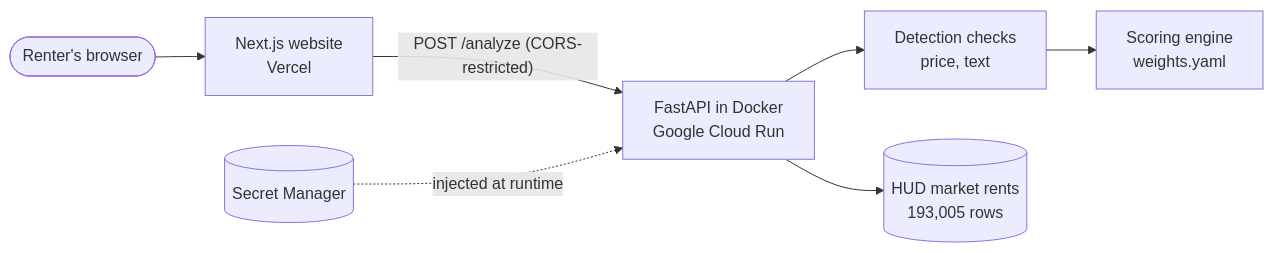
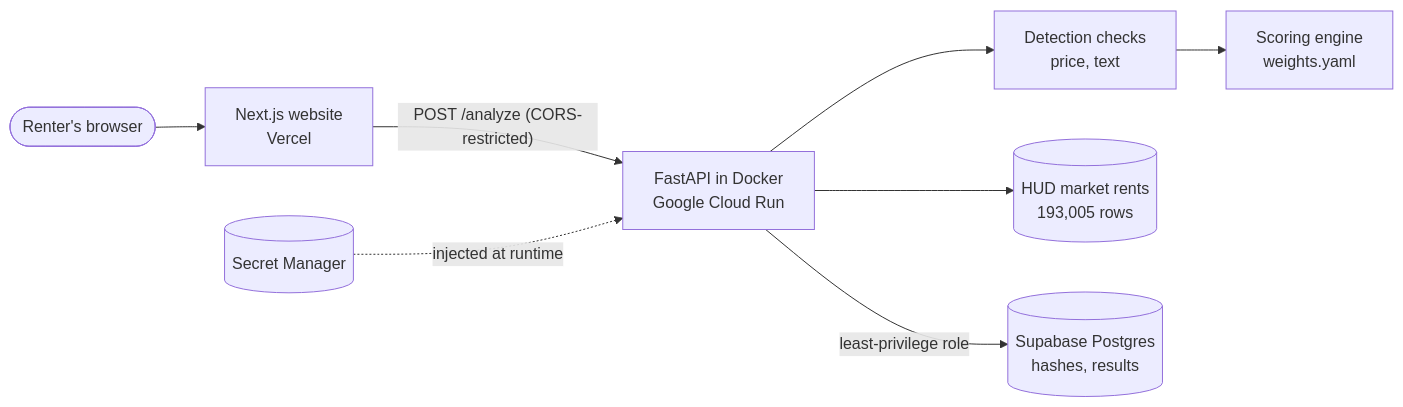
The diagram in README.md (2SikNinja/Rental-Listing-Scam-Detector), drawn with Mermaid before and after one commit. The commit also changed other lines of this file and 18 other files, not shown here.

````diff
--- a/README.md
+++ b/README.md
@@ -33,9 +33,10 @@
 ```mermaid
 flowchart LR
     user([Renter's browser]) --> web[Next.js website<br/>Vercel]
     web -- "POST /analyze (CORS-restricted)" --> api[FastAPI in Docker<br/>Google Cloud Run]
     api --> checks[Detection checks<br/>price, text]
     checks --> scoring[Scoring engine<br/>weights.yaml]
     api --> rents[(HUD market rents<br/>193,005 rows)]
+    api -- "least-privilege role" --> db[(Supabase Postgres<br/>hashes, results)]
     secrets[(Secret Manager)] -. injected at runtime .-> api
 ```
````
